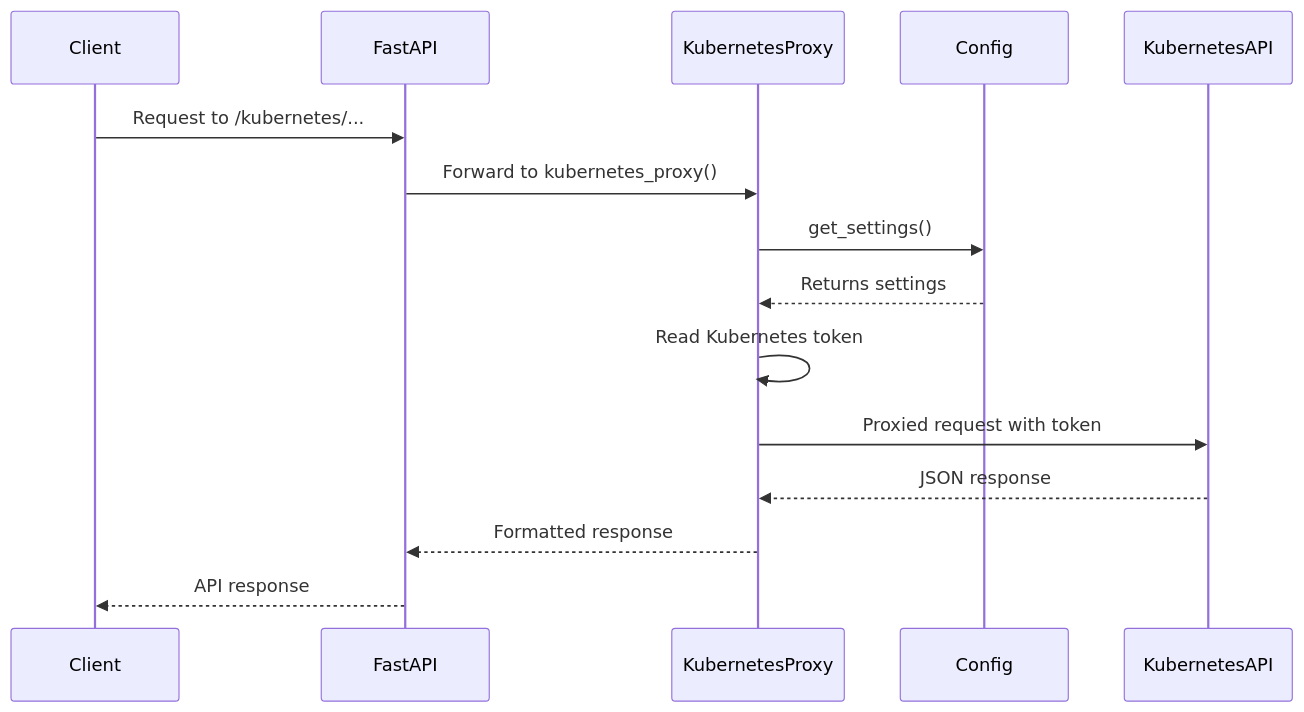
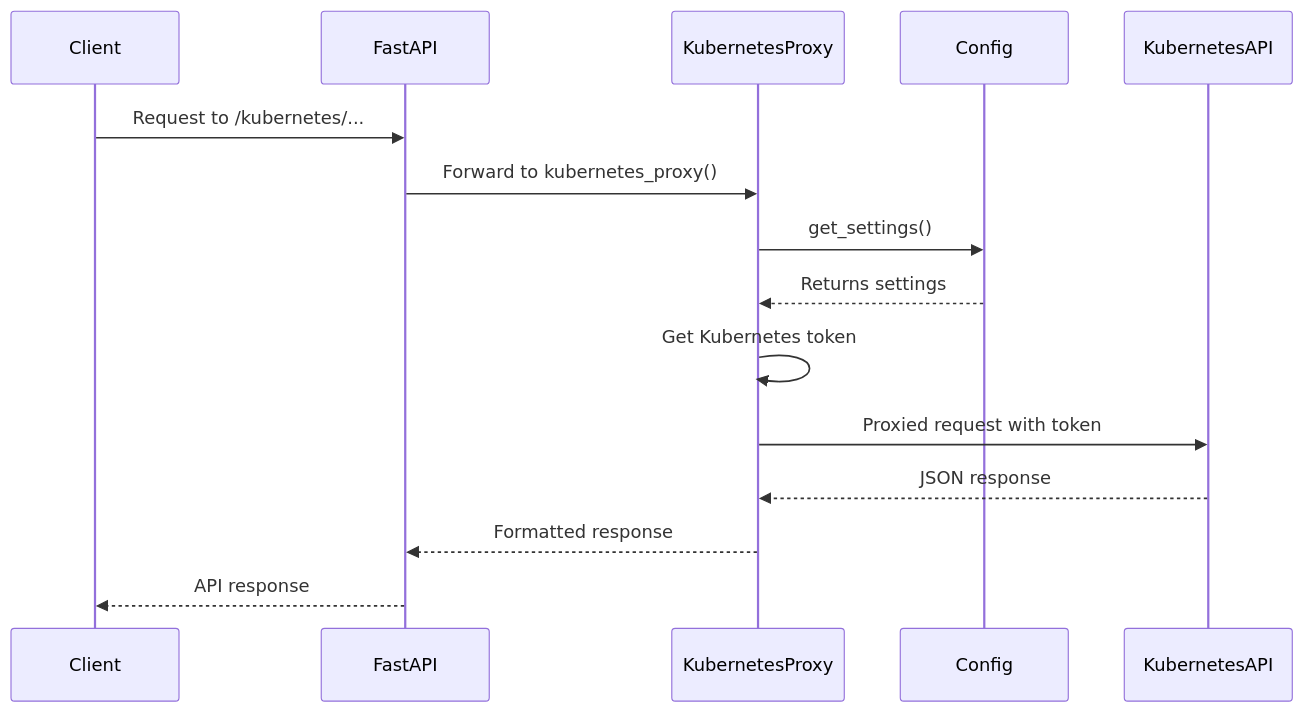
Before and after one commit to lloydchang/tvp-k8s: the fourth of 9 diagrams in README.md, drawn with Mermaid.

````diff
--- a/README.md
+++ b/README.md
@@ -250,20 +250,20 @@
 ```mermaid
 sequenceDiagram
     participant Client
     participant FastAPI
     participant KubernetesProxy
     participant Config
     participant KubernetesAPI
     
     Client->>FastAPI: Request to /kubernetes/...
     FastAPI->>KubernetesProxy: Forward to kubernetes_proxy()
     KubernetesProxy->>Config: get_settings()
     Config-->>KubernetesProxy: Returns settings
     
-    KubernetesProxy->>KubernetesProxy: Read Kubernetes token
+    KubernetesProxy->>KubernetesProxy: Get Kubernetes token
     KubernetesProxy->>KubernetesAPI: Proxied request with token
     KubernetesAPI-->>KubernetesProxy: JSON response
     KubernetesProxy-->>FastAPI: Formatted response
     FastAPI-->>Client: API response
 
 ```
````
